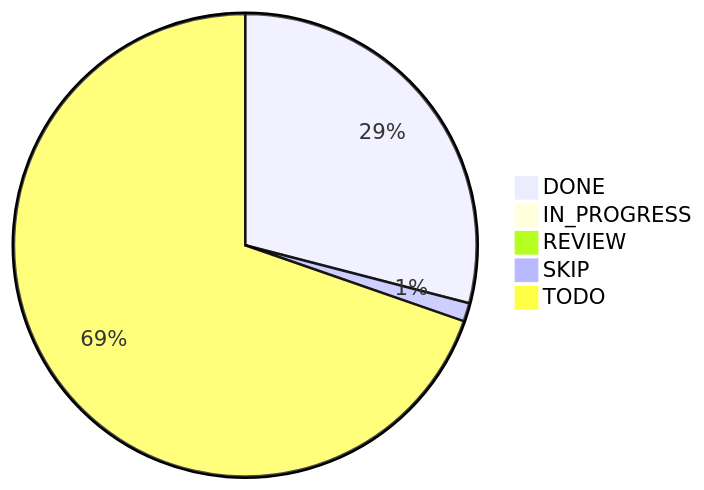
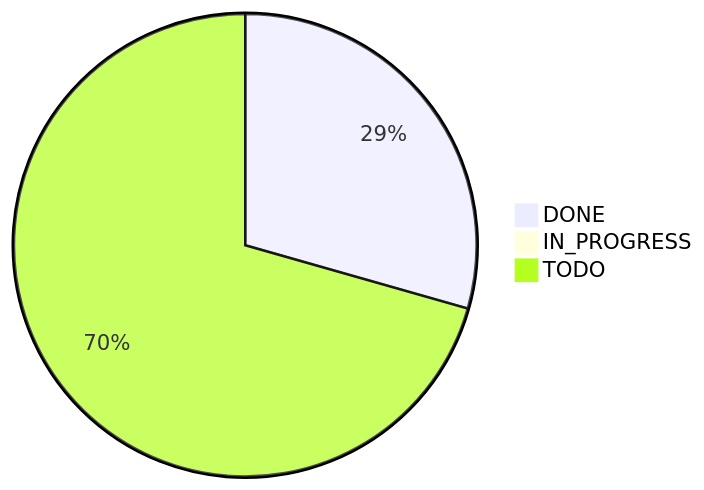
One commit to marleeeeeey/cpp_notes changed the second of 10 diagrams in PROGRESS.md. Above: the diagram before and after it, drawn with Mermaid. The commit also changed other lines of this file and 3 other files, not shown here.

Commit message:
Update mermaid_pie_chart_generator. Simplify tags.

````diff
--- a/PROGRESS.md
+++ b/PROGRESS.md
@@ -14,8 +12,6 @@
 ```mermaid
 pie
   "DONE" : 45
   "IN_PROGRESS" : 1
-  "REVIEW" : 1
-  "SKIP" : 2
   "TODO" : 108
 ```
````
